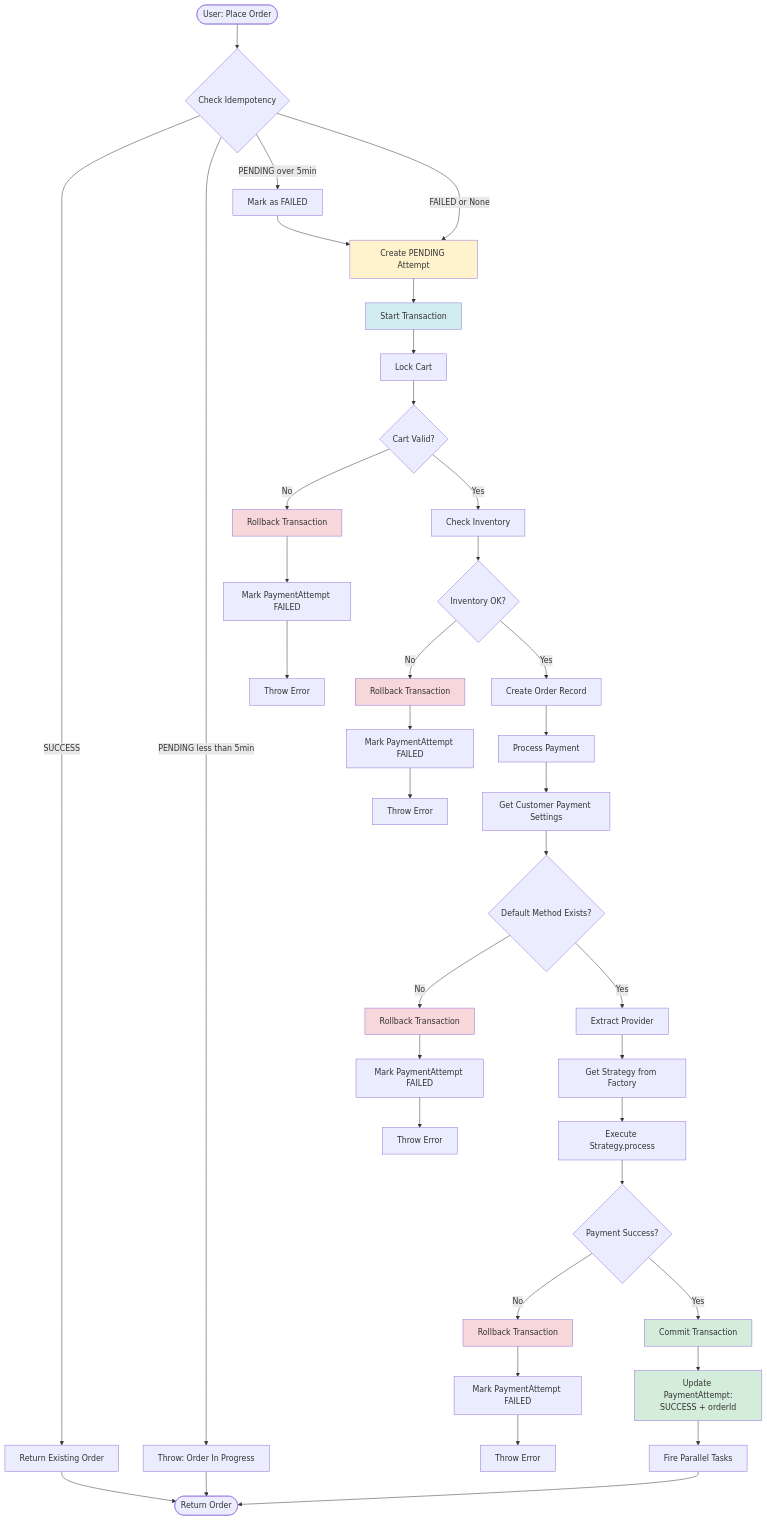
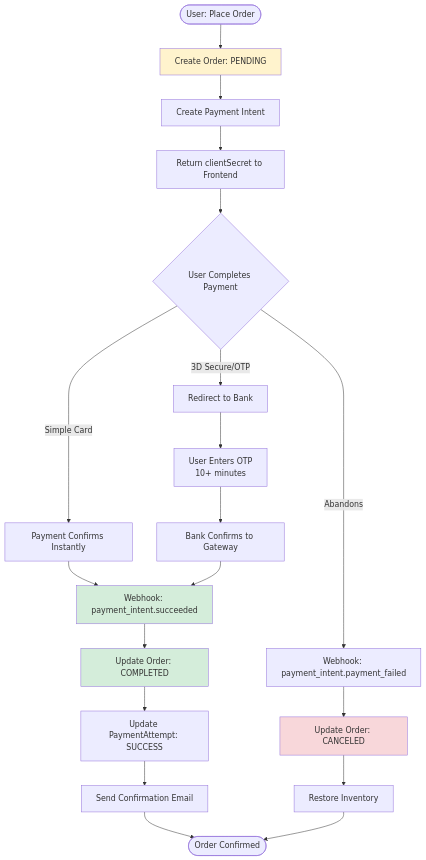
Before and after one commit to RedaAwwad/Food-Delivery: the second of 5 diagrams in docs/payment_gateway_design.md, drawn with Mermaid. The commit also changed other lines of this file and 6 other files, not shown here.

````diff
--- a/docs/payment_gateway_design.md
+++ b/docs/payment_gateway_design.md
@@ -81,62 +103,31 @@
 ```mermaid
 flowchart TD
-    Start([User: Place Order]) --> CheckIdem{Check Idempotency}
+    Start([User: Place Order]) --> CreateOrder[Create Order: PENDING]
+    CreateOrder --> CreateIntent[Create Payment Intent]
+    CreateIntent --> ReturnSecret[Return clientSecret to Frontend]
     
-    CheckIdem -->|SUCCESS| ReturnExisting[Return Existing Order]
-    CheckIdem -->|PENDING less than 5min| RejectDupe[Throw: Order In Progress]
-    CheckIdem -->|PENDING over 5min| MarkStale[Mark as FAILED]
-    CheckIdem -->|FAILED or None| CreatePending[Create PENDING Attempt]
+    ReturnSecret --> UserAction{User Completes Payment}
+    UserAction -->|Simple Card| Instant[Payment Confirms Instantly]
+    UserAction -->|3D Secure/OTP| Redirect[Redirect to Bank]
     
-    MarkStale --> CreatePending
-    CreatePending --> StartTx[Start Transaction]
+    Redirect --> BankAuth[User Enters OTP<br/>10+ minutes]
+    BankAuth --> BankConfirm[Bank Confirms to Gateway]
     
-    StartTx --> LockCart[Lock Cart]
-    LockCart --> ValidateCart{Cart Valid?}
-    ValidateCart -->|No| RollbackTx1[Rollback Transaction]
-    ValidateCart -->|Yes| CheckInv[Check Inventory]
+    Instant --> Webhook[Webhook: payment_intent.succeeded]
+    BankConfirm --> Webhook
     
-    CheckInv --> InvOK{Inventory OK?}
-    InvOK -->|No| RollbackTx2[Rollback Transaction]
-    InvOK -->|Yes| CreateOrder[Create Order Record]
+    Webhook --> UpdateOrder[Update Order: COMPLETED]
+    UpdateOrder --> UpdateAttempt[Update PaymentAttempt: SUCCESS]
+    UpdateAttempt --> Notify[Send Confirmation Email]
+    Notify --> End([Order Confirmed])
     
-    CreateOrder --> ProcessPay[Process Payment]
-    ProcessPay --> GetSettings[Get Customer Payment Settings]
-    GetSettings --> FindMethod{Default Method Exists?}
+    UserAction -->|Abandons| Timeout[Webhook: payment_intent.payment_failed]
+    Timeout --> CancelOrder[Update Order: CANCELED]
+    CancelOrder --> RestoreInv[Restore Inventory]
+    RestoreInv --> End
     
-    FindMethod -->|No| RollbackTx3[Rollback Transaction]
-    FindMethod -->|Yes| ExtractProvider[Extract Provider]
-    
-    ExtractProvider --> GetStrategy[Get Strategy from Factory]
-    GetStrategy --> ExecStrategy[Execute Strategy.process]
-    
-    ExecStrategy --> PaySuccess{Payment Success?}
-    PaySuccess -->|No| RollbackTx4[Rollback Transaction]
-    PaySuccess -->|Yes| CommitTx[Commit Transaction]
-    
-    CommitTx --> UpdateAttempt[Update PaymentAttempt:<br/>SUCCESS + orderId]
-    UpdateAttempt --> ParallelTasks[Fire Parallel Tasks]
-    
-    ParallelTasks --> End([Return Order])
-    
-    RollbackTx1 --> MarkFailed1[Mark PaymentAttempt FAILED]
-    RollbackTx2 --> MarkFailed2[Mark PaymentAttempt FAILED]
-    RollbackTx3 --> MarkFailed3[Mark PaymentAttempt FAILED]
-    RollbackTx4 --> MarkFailed4[Mark PaymentAttempt FAILED]
-    
-    MarkFailed1 --> Error1[Throw Error]
-    MarkFailed2 --> Error2[Throw Error]
-    MarkFailed3 --> Error3[Throw Error]
-    MarkFailed4 --> Error4[Throw Error]
-    
-    ReturnExisting --> End
-    RejectDupe --> End
-    
-    style CreatePending fill:#fff3cd
-    style StartTx fill:#d1ecf1
-    style CommitTx fill:#d4edda
-    style UpdateAttempt fill:#d4edda
-    style RollbackTx1 fill:#f8d7da
-    style RollbackTx2 fill:#f8d7da
-    style RollbackTx3 fill:#f8d7da
-    style RollbackTx4 fill:#f8d7da
+    style CreateOrder fill:#fff3cd
+    style Webhook fill:#d4edda
+    style UpdateOrder fill:#d4edda
+    style CancelOrder fill:#f8d7da
 ```
````
